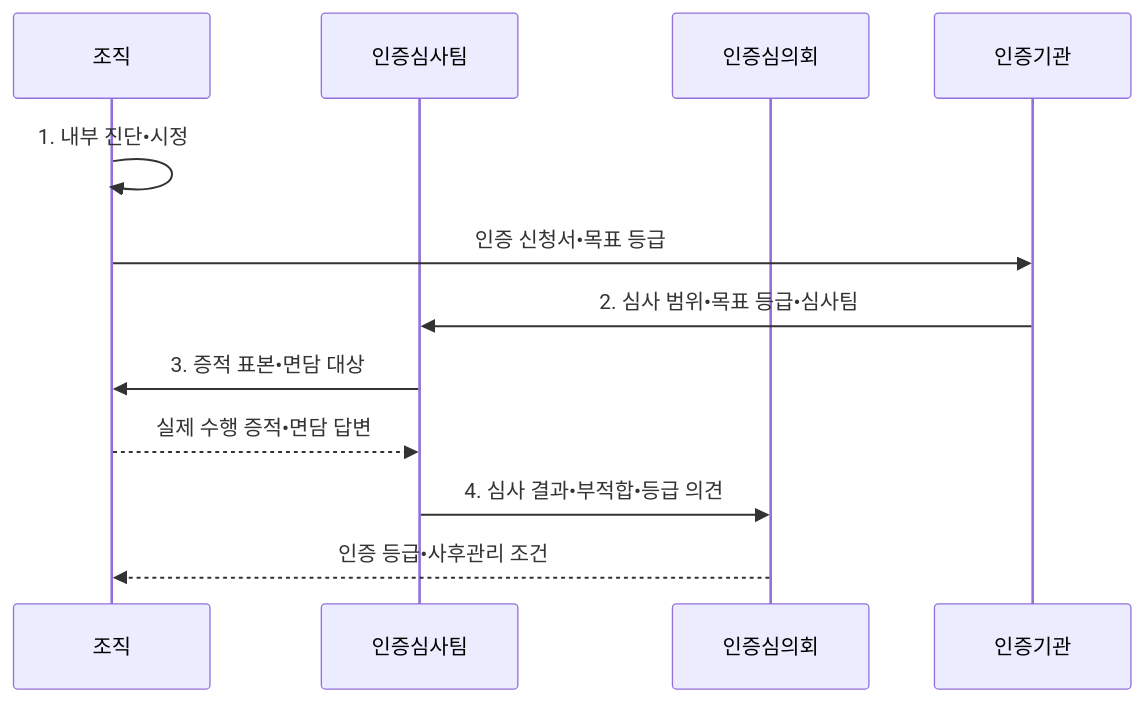
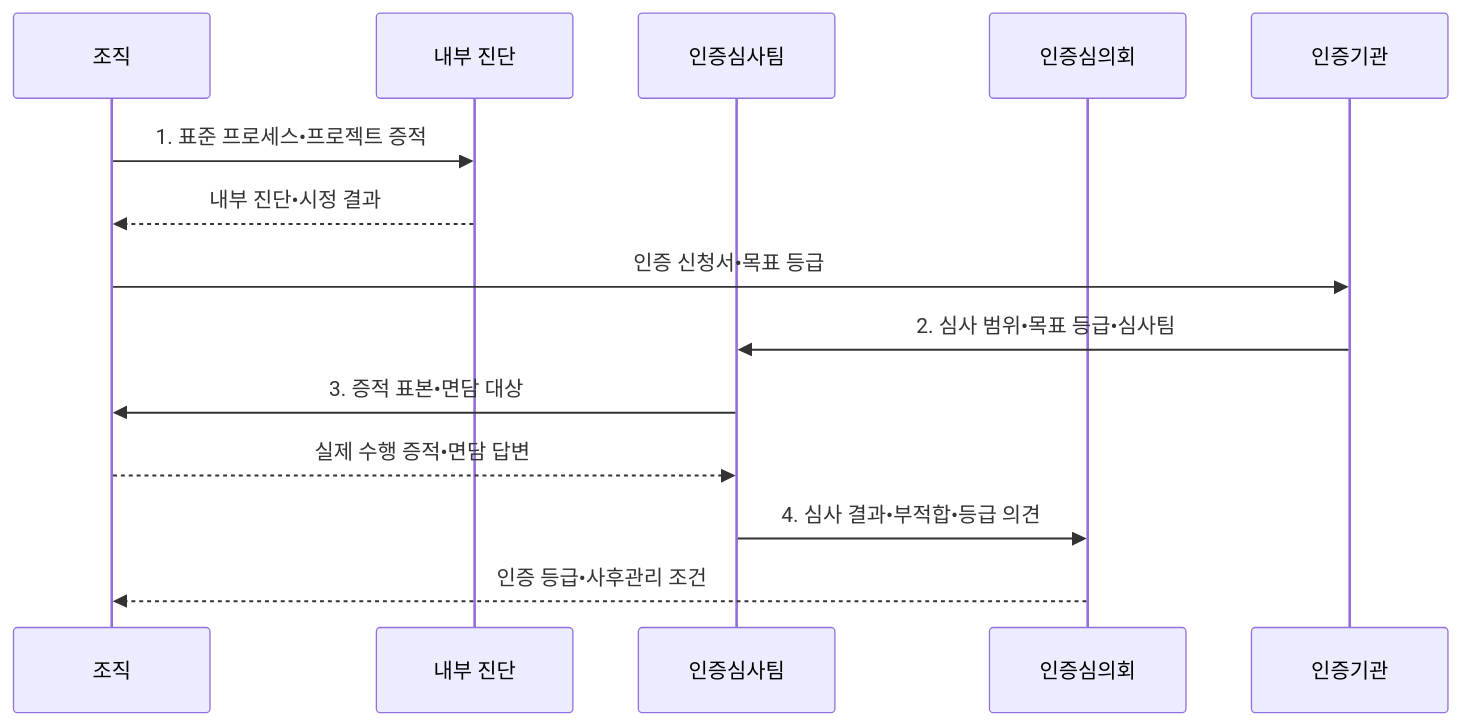
The second of 2 diagrams in src/content/docs/notes/03-software/080_sp_software_process_quality_certification.md (agnusdei1207/knowledge-base), drawn with Mermaid before and after one commit. The commit also changed other lines of this file and 8 other files, not shown here.

````diff
--- a/src/content/docs/notes/03-software/080_sp_software_process_quality_certification.md
+++ b/src/content/docs/notes/03-software/080_sp_software_process_quality_certification.md
@@ -120,14 +120,16 @@
 ```mermaid
 sequenceDiagram
     participant O as 조직
+    participant I as 내부 진단
     participant A as 인증심사팀
     participant C as 인증심의회
     participant N as 인증기관
-    O->>O: 1. 내부 진단•시정
+    O->>I: 1. 표준 프로세스•프로젝트 증적
+    I-->>O: 내부 진단•시정 결과
     O->>N: 인증 신청서•목표 등급
     N->>A: 2. 심사 범위•목표 등급•심사팀
     A->>O: 3. 증적 표본•면담 대상
     O-->>A: 실제 수행 증적•면담 답변
     A->>C: 4. 심사 결과•부적합•등급 의견
     C-->>O: 인증 등급•사후관리 조건
 ```
````
